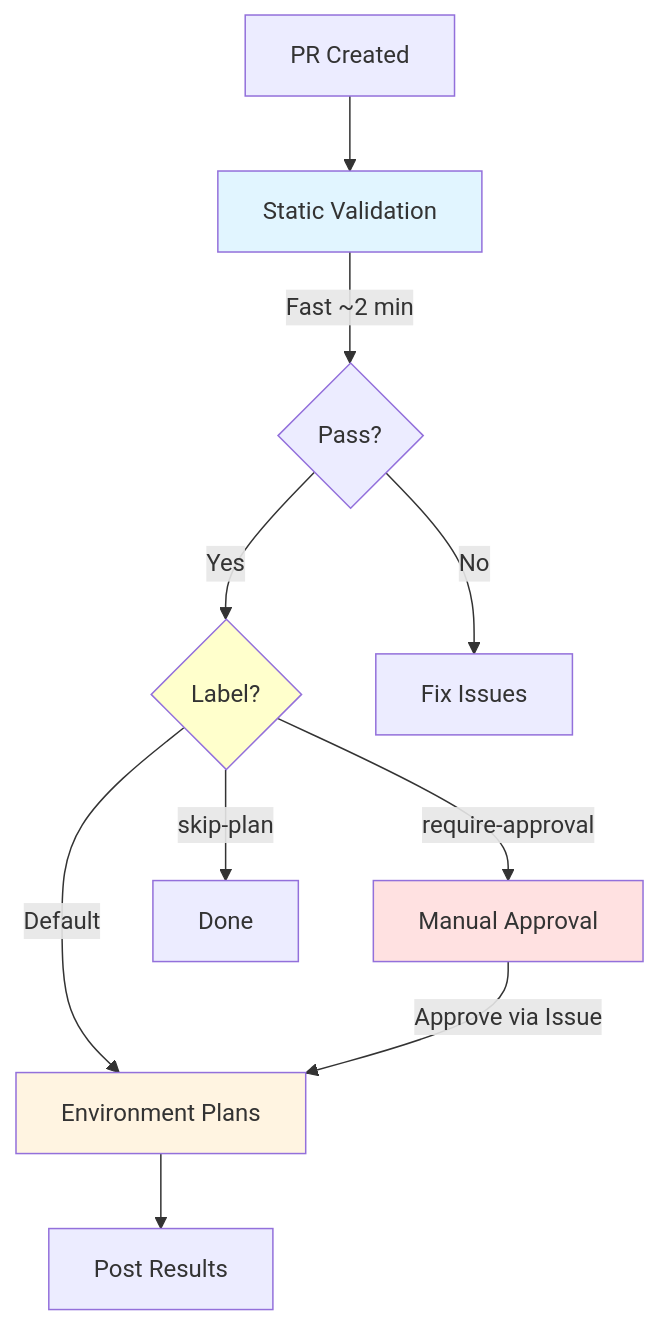
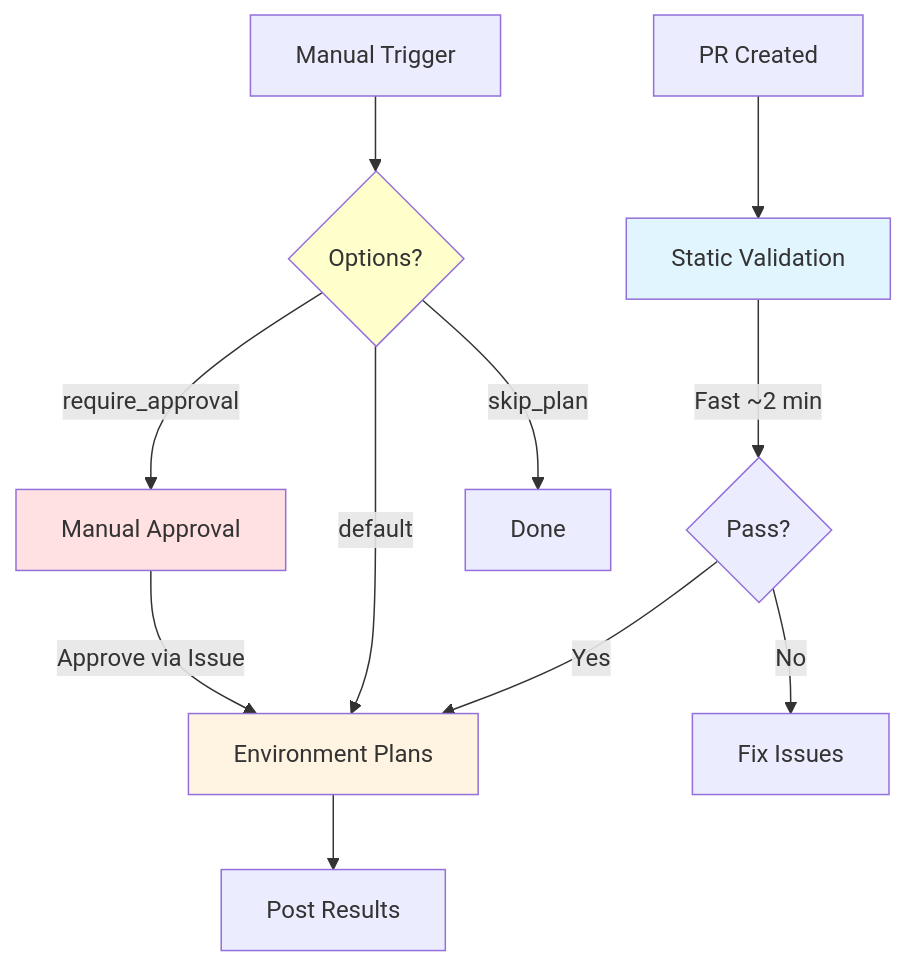
The diagram in README.md (kewalaka/terraform-azure-starter-template), drawn with Mermaid before and after one commit. The commit also changed other lines of this file and 3 other files, not shown here.

````diff
--- a/README.md
+++ b/README.md
@@ -16,17 +16,19 @@
 ```mermaid
 graph TD
     A[PR Created] --> B[Static Validation]
     B -->|Fast ~2 min| C{Pass?}
-    C -->|Yes| D{Label?}
+    C -->|Yes| D[Environment Plans]
     C -->|No| E[Fix Issues]
-    D -->|Default| F[Environment Plans]
-    D -->|require-approval| G[Manual Approval]
-    D -->|skip-plan| H[Done]
-    G -->|Approve via Issue| F
-    F --> I[Post Results]
+    D --> F[Post Results]
+    
+    G[Manual Trigger] --> H{Options?}
+    H -->|require_approval| I[Manual Approval]
+    H -->|skip_plan| J[Done]
+    H -->|default| D
+    I -->|Approve via Issue| D
     
     style B fill:#e1f5ff
-    style D fill:#ffffcc
-    style G fill:#ffe1e1
-    style F fill:#fff4e1
+    style H fill:#ffffcc
+    style I fill:#ffe1e1
+    style D fill:#fff4e1
 ```
````
